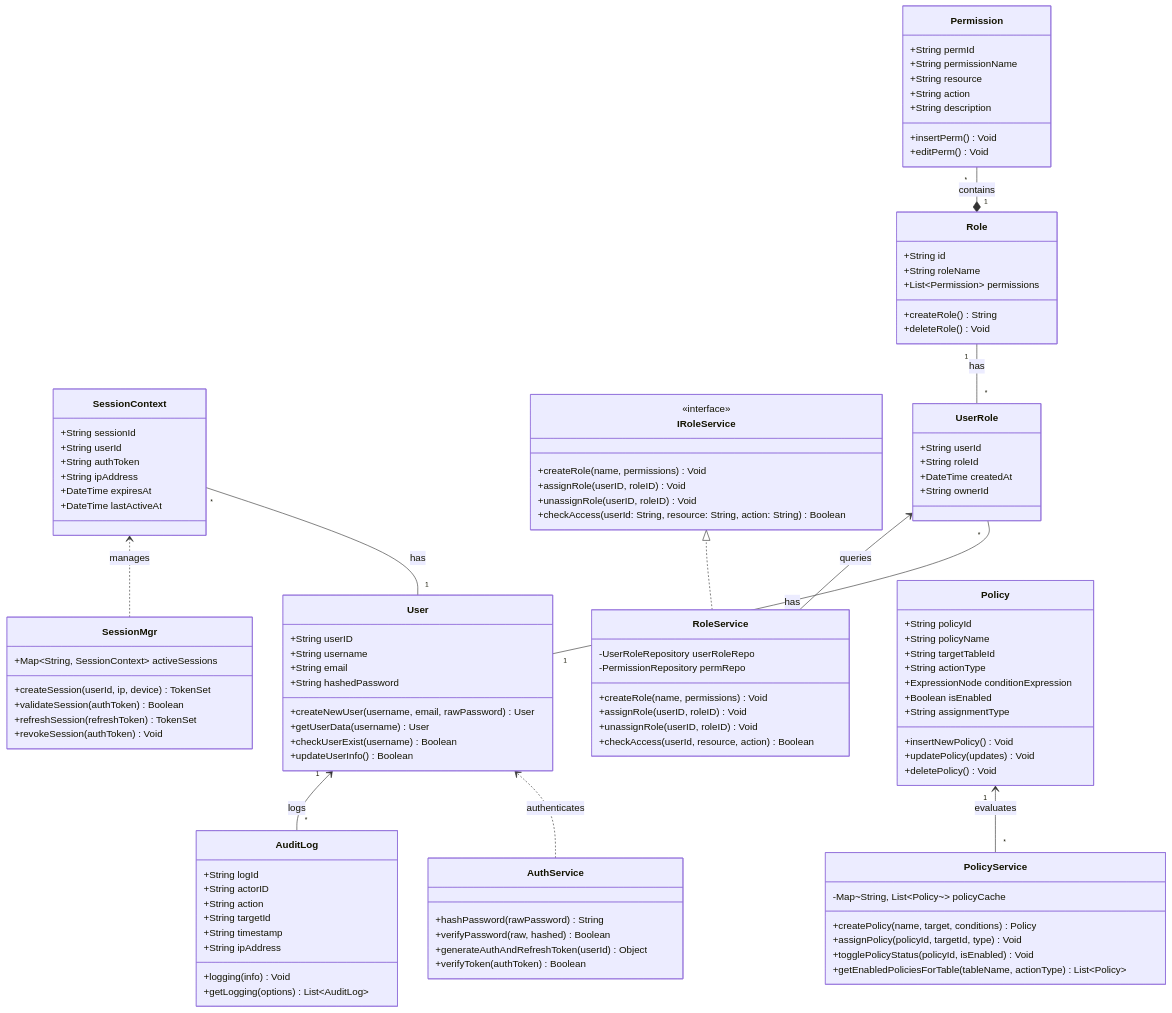
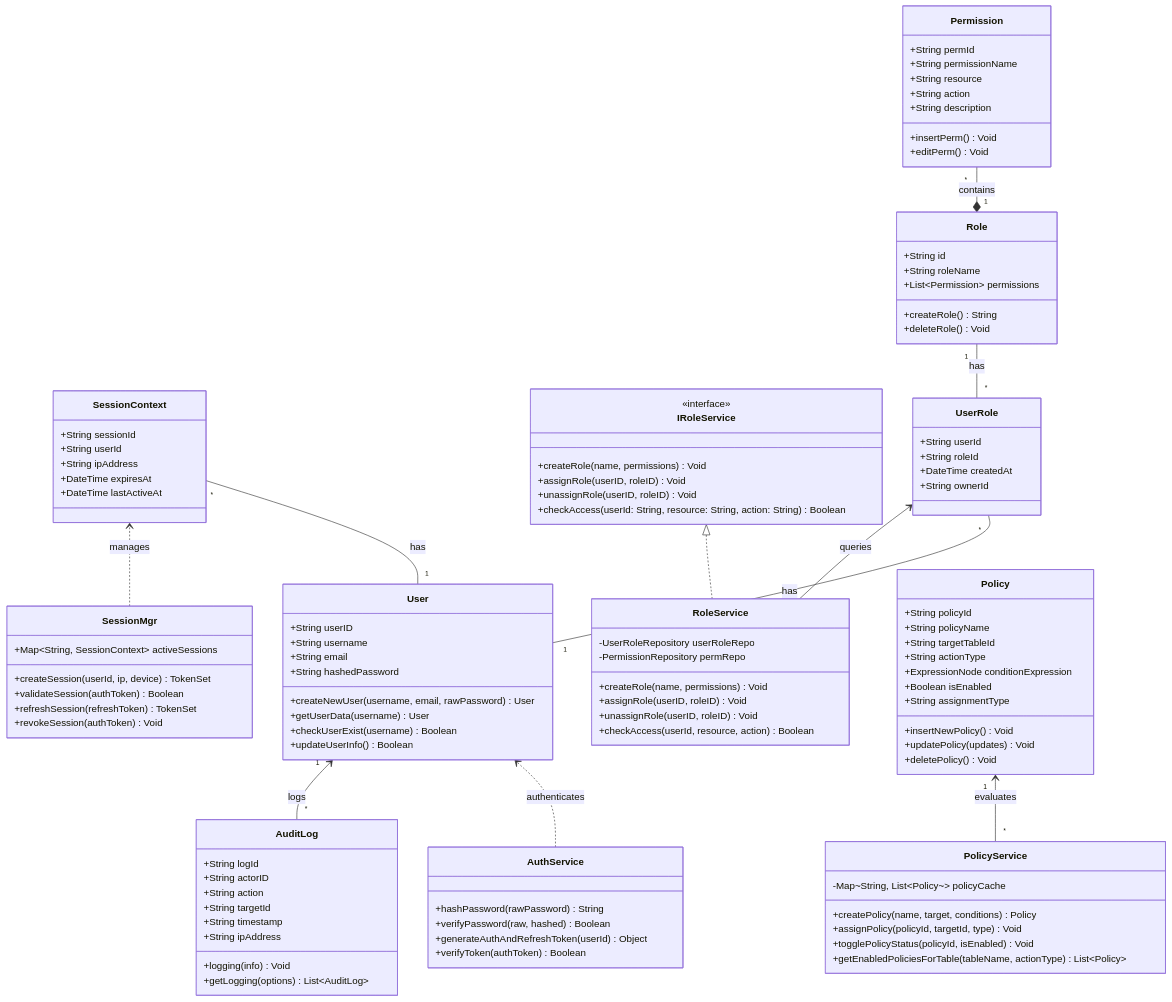
Before and after one commit to FhuAnn/-bbv-AN-s-DBMS: the diagram in class-diagram/class-diagram-user-access-security.md, drawn with Mermaid. The commit also changed 148 other files, not shown here.

```diff
--- a/class-diagram/class-diagram-user-access-security.md
+++ b/class-diagram/class-diagram-user-access-security.md
@@ -25,7 +25,6 @@
     class SessionContext {
         +String sessionId
         +String userId
-        +String authToken
         +String ipAddress
         +DateTime expiresAt
         +DateTime lastActiveAt
```
